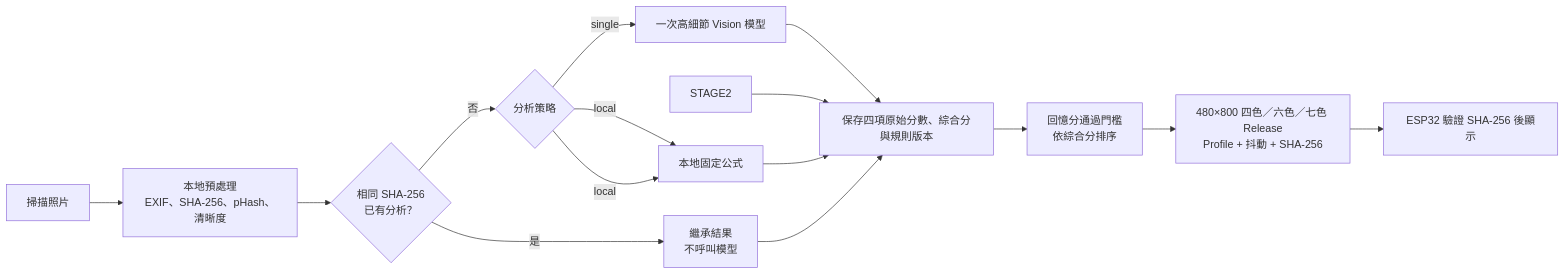
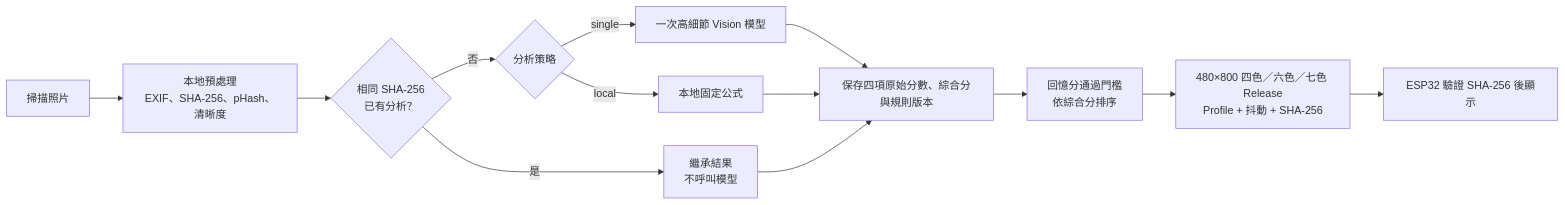
The second of 3 diagrams in docs/architecture/ARCHITECTURE_ZH_TW.md (steven87090799/InkTime), drawn with Mermaid before and after one commit. The commit also changed other lines of this file and 65 other files, not shown here.

````diff
--- a/docs/architecture/ARCHITECTURE_ZH_TW.md
+++ b/docs/architecture/ARCHITECTURE_ZH_TW.md
@@ -69,16 +73,14 @@
 ```mermaid
 flowchart LR
     SCAN["掃描照片"] --> LOCAL["本地預處理<br/>EXIF、SHA-256、pHash、清晰度"]
     LOCAL --> DUP{"相同 SHA-256<br/>已有分析？"}
     DUP -->|"是"| INHERIT["繼承結果<br/>不呼叫模型"]
     DUP -->|"否"| STRATEGY{"分析策略"}
     STRATEGY -->|"local"| LOCAL_SCORE["本地固定公式"]
     STRATEGY -->|"single"| VISION["一次高細節 Vision 模型"]
-    STRATEGY -->|"local"| LOCAL_SCORE["本地固定公式"]
     VISION --> SAVE["保存四項原始分數、綜合分與規則版本"]
-    STAGE2 --> SAVE
     LOCAL_SCORE --> SAVE
     INHERIT --> SAVE
     SAVE --> PICK["回憶分通過門檻<br/>依綜合分排序"] --> RELEASE["480×800 四色／六色／七色 Release<br/>Profile + 抖動 + SHA-256"]
     RELEASE --> DEVICE["ESP32 驗證 SHA-256 後顯示"]
 ```
````
